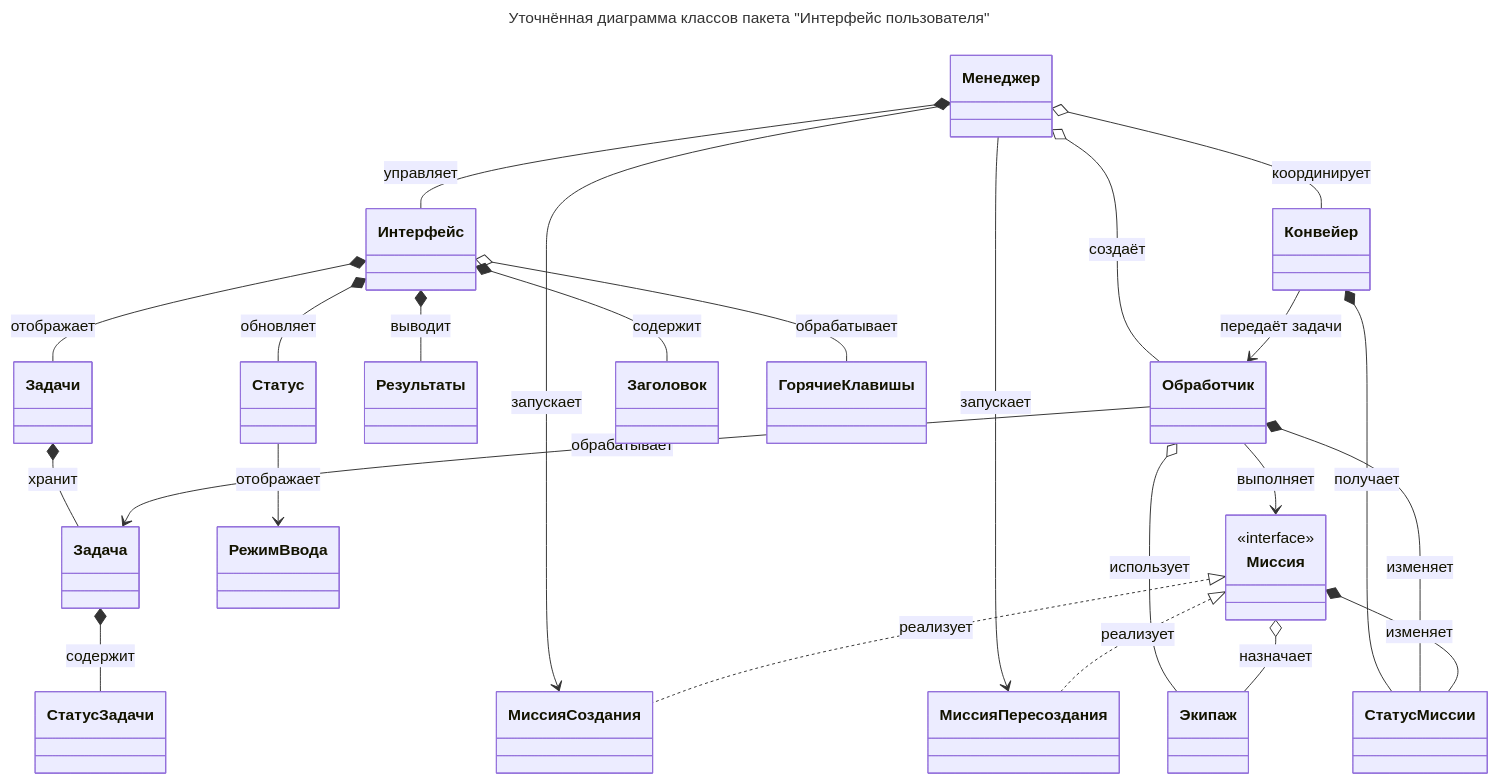
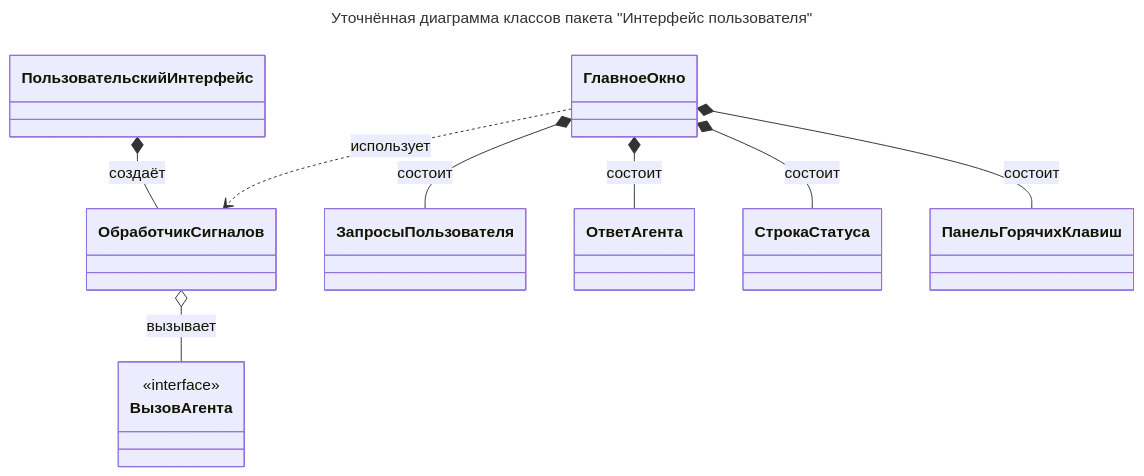
The diagram in Пакет Интерфейс пользователя/3. Уточнённая диаграмма классов.md (CHSU-scenarAIst/diagrammy), drawn with Mermaid before and after one commit. The commit also changed other lines of this file and 13 other files, not shown here.

````diff
--- a/Пакет Интерфейс пользователя/3. Уточнённая диаграмма классов.md
+++ b/Пакет Интерфейс пользователя/3. Уточнённая диаграмма классов.md
@@ -3,35 +5,18 @@
 ```mermaid
 ---
 title: Уточнённая диаграмма классов пакета "Интерфейс пользователя"
 ---
 classDiagram
-    Менеджер *-- Интерфейс : управляет
-    Менеджер o-- Конвейер : координирует
-    Менеджер --> МиссияСоздания : запускает
-    Менеджер o-- Обработчик : создаёт
-    Менеджер --> МиссияПересоздания : запускает
+    ПользовательскийИнтерфейс *-- ОбработчикСигналов : создаёт
+    ОбработчикСигналов o-- ВызовАгента : вызывает
+    ГлавноеОкно ..> ОбработчикСигналов : использует
+    
+    ГлавноеОкно *-- ЗапросыПользователя : состоит
+    ГлавноеОкно *-- ОтветАгента : состоит
+    ГлавноеОкно *-- СтрокаСтатуса : состоит
+    ГлавноеОкно *-- ПанельГорячихКлавиш : состоит
 
-    Интерфейс *-- Задачи : отображает
-    Интерфейс *-- Результаты : выводит
-    Интерфейс *-- Статус : обновляет
-    Интерфейс *-- Заголовок : содержит
-    Интерфейс o-- ГорячиеКлавишы : обрабатывает
-
-    Задачи *-- Задача : хранит
-    Задача *-- СтатусЗадачи : содержит
-    Статус --> РежимВвода : отображает
-
-    Конвейер --> Обработчик : передаёт задачи
-    Конвейер *-- СтатусМиссии : получает
-
-    Обработчик --> Миссия : выполняет
-    Обработчик --> Задача : обрабатывает
-    Обработчик o-- Экипаж : использует
-    Обработчик *-- СтатусМиссии : изменяет
-
-    <<interface>> Миссия
-    Миссия <|.. МиссияСоздания : реализует
-    Миссия <|.. МиссияПересоздания : реализует
-    Миссия o-- Экипаж : назначает
-    Миссия *-- СтатусМиссии : изменяет
+    class ВызовАгента {
+        <<interface>>
+    }
 ```
````
